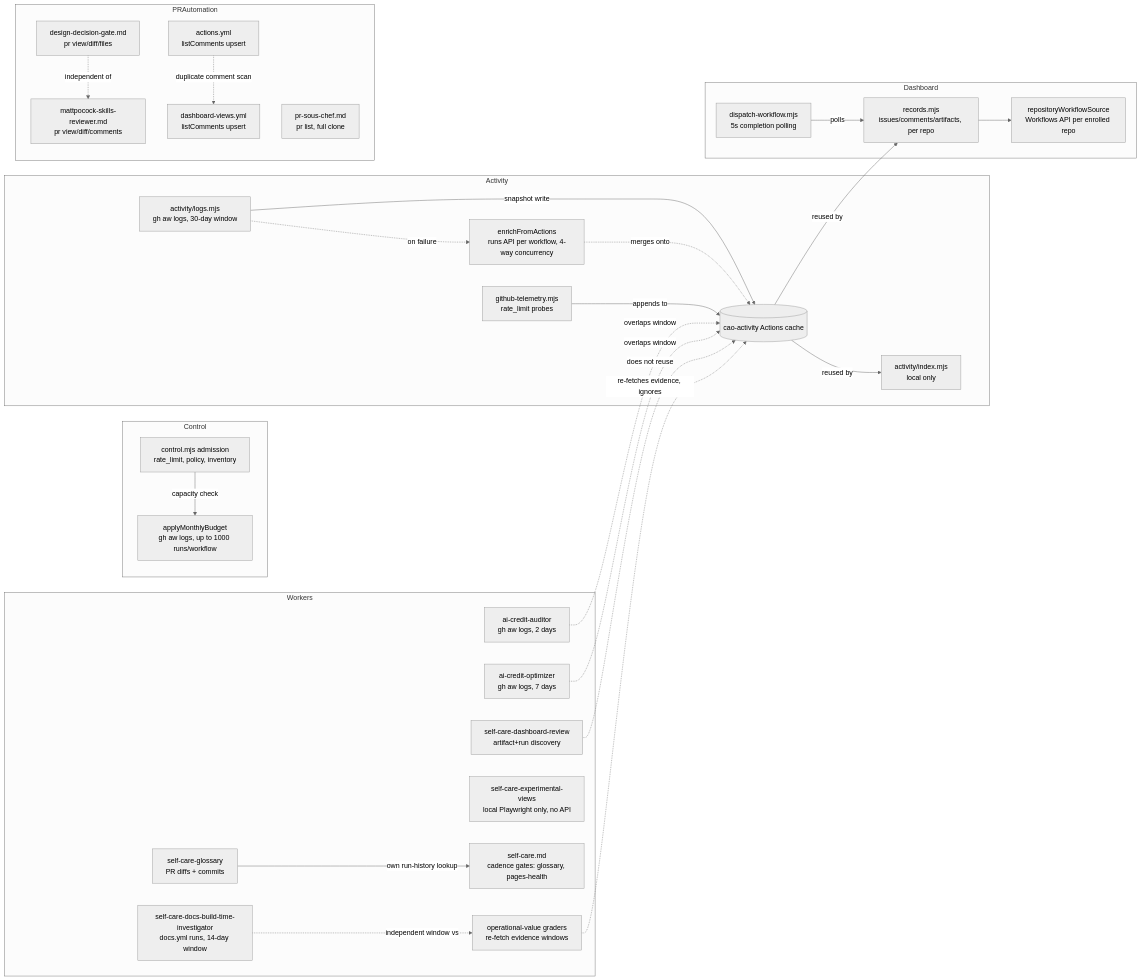
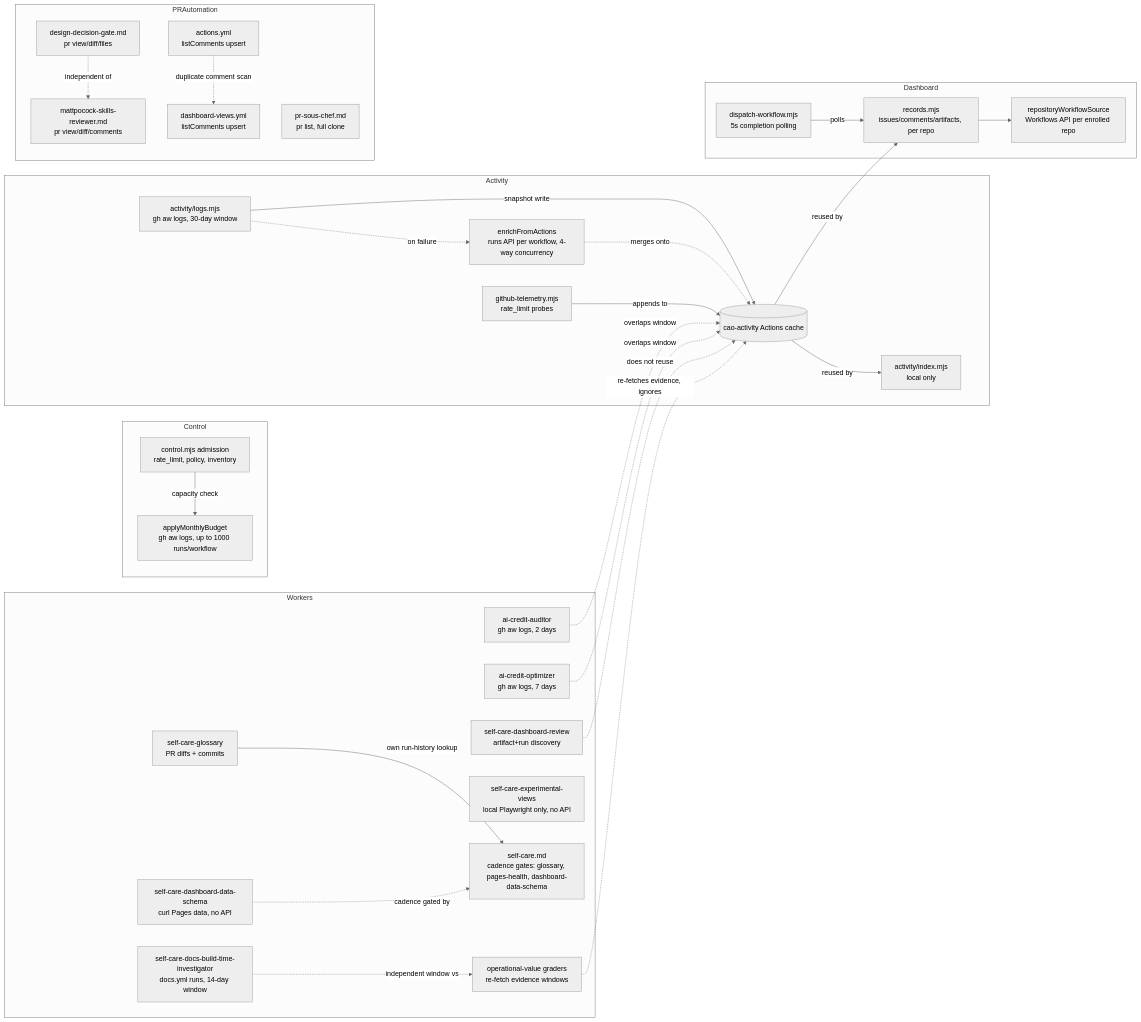
The diagram in specs/data-acquisition-audit.md (githubnext/gh-aw-cao), drawn with Mermaid (neutral theme) before and after one commit. The commit also changed other lines of this file, not shown here.

Commit message:
Refresh data acquisition audit: dashboard data schema worker

````diff
--- a/specs/data-acquisition-audit.md
+++ b/specs/data-acquisition-audit.md
@@ -181,53 +182,55 @@
 ```mermaid
 flowchart LR
   subgraph Control
     control["control.mjs admission<br/>rate_limit, policy, inventory"]
     budget["applyMonthlyBudget<br/>gh aw logs, up to 1000 runs/workflow"]
   end
   subgraph Activity
     logsmjs["activity/logs.mjs<br/>gh aw logs, 30-day window"]
     fallback["enrichFromActions<br/>runs API per workflow, 4-way concurrency"]
     indexmjs["activity/index.mjs<br/>local only"]
     telemetry["github-telemetry.mjs<br/>rate_limit probes"]
     cache[("cao-activity Actions cache")]
   end
   subgraph Dashboard
     records["records.mjs<br/>issues/comments/artifacts, per repo"]
     remotewf["repositoryWorkflowSource<br/>Workflows API per enrolled repo"]
     dispatch["dispatch-workflow.mjs<br/>5s completion polling"]
   end
   subgraph Workers
     aicaud["ai-credit-auditor<br/>gh aw logs, 2 days"]
     aicopt["ai-credit-optimizer<br/>gh aw logs, 7 days"]
     reviewpf["self-care-dashboard-review<br/>artifact+run discovery"]
     glossary["self-care-glossary<br/>PR diffs + commits"]
     docsbt["self-care-docs-build-time-investigator<br/>docs.yml runs, 14-day window"]
     expviews["self-care-experimental-views<br/>local Playwright only, no API"]
-    selfcare["self-care.md<br/>cadence gates: glossary, pages-health"]
+    schemaworker["self-care-dashboard-data-schema<br/>curl Pages data, no API"]
+    selfcare["self-care.md<br/>cadence gates: glossary, pages-health, dashboard-data-schema"]
     graders["operational-value graders<br/>re-fetch evidence windows"]
   end
   subgraph PRAutomation
     ddg["design-decision-gate.md<br/>pr view/diff/files"]
     mattpocock["mattpocock-skills-reviewer.md<br/>pr view/diff/comments"]
     soschef["pr-sous-chef.md<br/>pr list, full clone"]
     mobileci["actions.yml<br/>listComments upsert"]
     dashviews["dashboard-views.yml<br/>listComments upsert"]
   end
   control -->|capacity check| budget
   logsmjs -->|snapshot write| cache
   logsmjs -.->|on failure| fallback
   fallback -.->|merges onto| cache
   cache -->|reused by| indexmjs
   cache -->|reused by| records
   telemetry -->|appends to| cache
   records --> remotewf
   dispatch -->|polls| records
   aicaud -.->|overlaps window| cache
   aicopt -.->|overlaps window| cache
   reviewpf -.->|does not reuse| cache
   glossary -->|own run-history lookup| selfcare
+  schemaworker -.->|cadence gated by| selfcare
   docsbt -.->|independent window vs| graders
   graders -.->|re-fetches evidence, ignores| cache
   ddg -.->|independent of| mattpocock
   mobileci -.->|duplicate comment scan| dashviews
 ```
````
